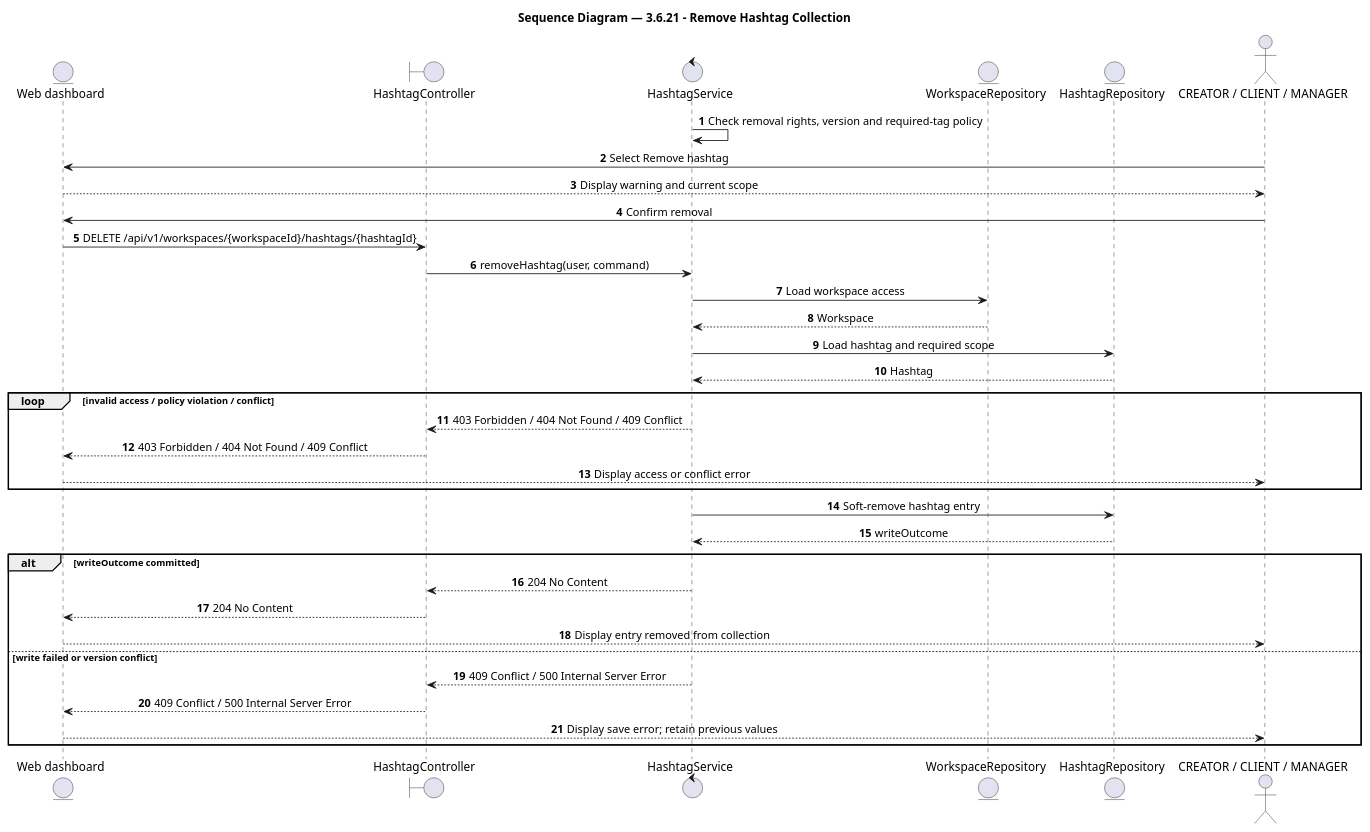
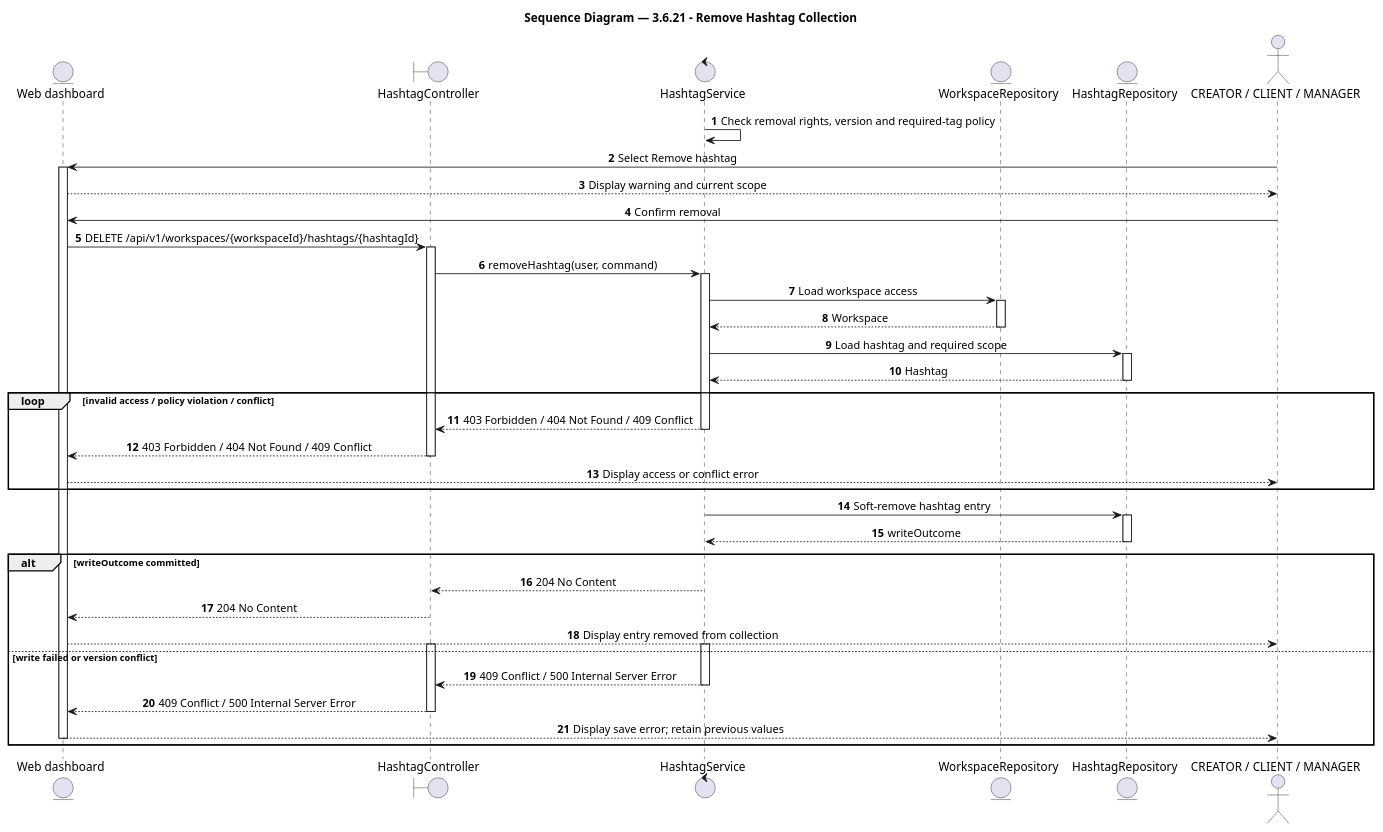
Before and after one commit to BrandHubOrganization/brandhub-infrastructure: the diagram in docs/feature/content-task-workflow/3-6-21-remove-hashtag-collection/report4_sequence.puml, drawn with PlantUML. The commit also changed 149 other files, not shown here.

Commit message:
docs(sequence): fix activation bars across all sequence diagrams according to UML 2.5 rules

```diff
--- a/docs/feature/content-task-workflow/3-6-21-remove-hashtag-collection/report4_sequence.puml
+++ b/docs/feature/content-task-workflow/3-6-21-remove-hashtag-collection/report4_sequence.puml
@@ -1,49 +1,69 @@
 @startuml 3.6.21 - Remove Hashtag Collection
 title Sequence Diagram — 3.6.21 - Remove Hashtag Collection
 
 autonumber
 skinparam shadowing false
 skinparam sequenceMessageAlign center
 skinparam BoxPadding 10
 skinparam ParticipantPadding 10
 
 ' === Participants ===
 entity "Web dashboard" as webdashboard
 boundary "HashtagController" as hashtagcontroller
 control "HashtagService" as hashtagservice
 entity "WorkspaceRepository" as workspacerepository
 entity "HashtagRepository" as hashtagrepository
 actor "CREATOR / CLIENT / MANAGER" as creatorclientmanager
 
 ' === Flow ===
 hashtagservice -> hashtagservice: Check removal rights, version and required-tag policy
 creatorclientmanager -> webdashboard: Select Remove hashtag
+activate webdashboard
 webdashboard --> creatorclientmanager: Display warning and current scope
 creatorclientmanager -> webdashboard: Confirm removal
 webdashboard -> hashtagcontroller: DELETE /api/v1/workspaces/{workspaceId}/hashtags/{hashtagId}
+activate hashtagcontroller
 hashtagcontroller -> hashtagservice: removeHashtag(user, command)
+activate hashtagservice
 hashtagservice -> workspacerepository: Load workspace access
+activate workspacerepository
 workspacerepository --> hashtagservice: Workspace
+deactivate workspacerepository
 hashtagservice -> hashtagrepository: Load hashtag and required scope
+activate hashtagrepository
 hashtagrepository --> hashtagservice: Hashtag
+deactivate hashtagrepository
 
 loop invalid access / policy violation / conflict
   hashtagservice --> hashtagcontroller: 403 Forbidden / 404 Not Found / 409 Conflict
+  deactivate hashtagservice
   hashtagcontroller --> webdashboard: 403 Forbidden / 404 Not Found / 409 Conflict
+  deactivate hashtagcontroller
   webdashboard --> creatorclientmanager: Display access or conflict error
 end
+activate hashtagservice
+activate hashtagcontroller
 
 hashtagservice -> hashtagrepository: Soft-remove hashtag entry
+activate hashtagrepository
 hashtagrepository --> hashtagservice: writeOutcome
+deactivate hashtagrepository
 
 alt writeOutcome committed
   hashtagservice --> hashtagcontroller: 204 No Content
+  deactivate hashtagservice
   hashtagcontroller --> webdashboard: 204 No Content
+  deactivate hashtagcontroller
   webdashboard --> creatorclientmanager: Display entry removed from collection
 else write failed or version conflict
+  activate hashtagservice
+  activate hashtagcontroller
   hashtagservice --> hashtagcontroller: 409 Conflict / 500 Internal Server Error
+  deactivate hashtagservice
   hashtagcontroller --> webdashboard: 409 Conflict / 500 Internal Server Error
+  deactivate hashtagcontroller
   webdashboard --> creatorclientmanager: Display save error; retain previous values
+  deactivate webdashboard
 end
 
 @enduml
```
